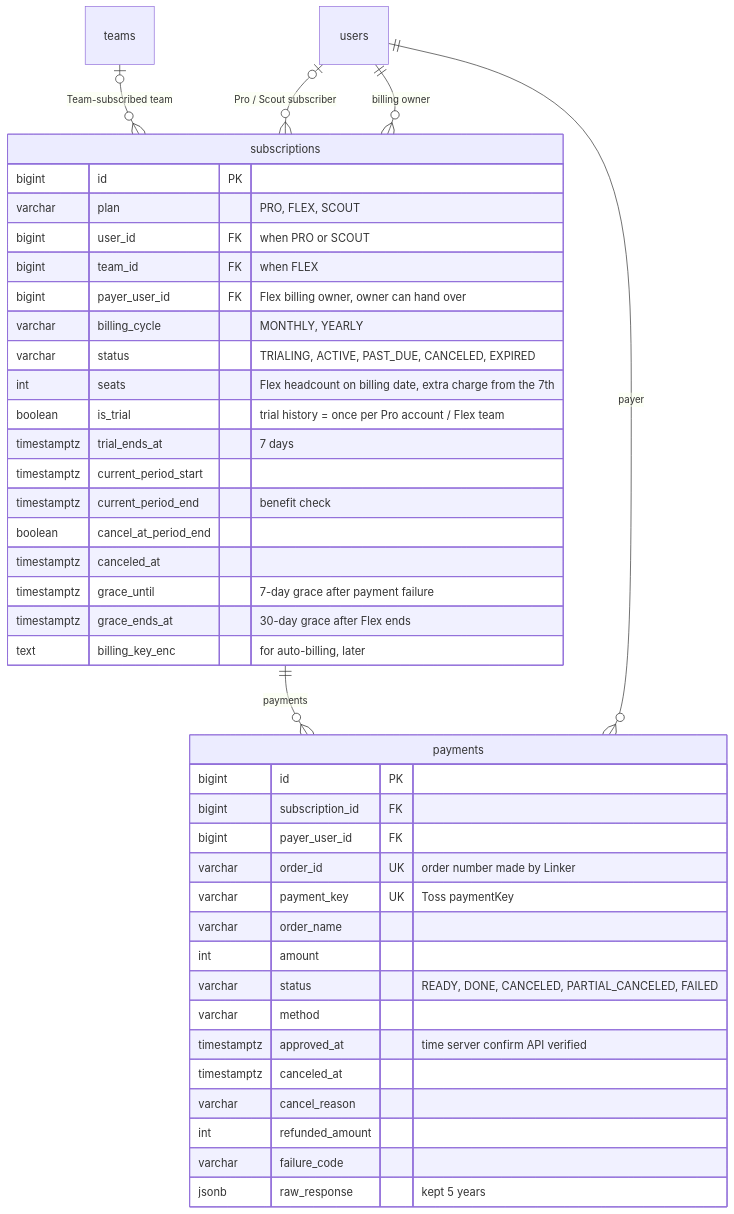
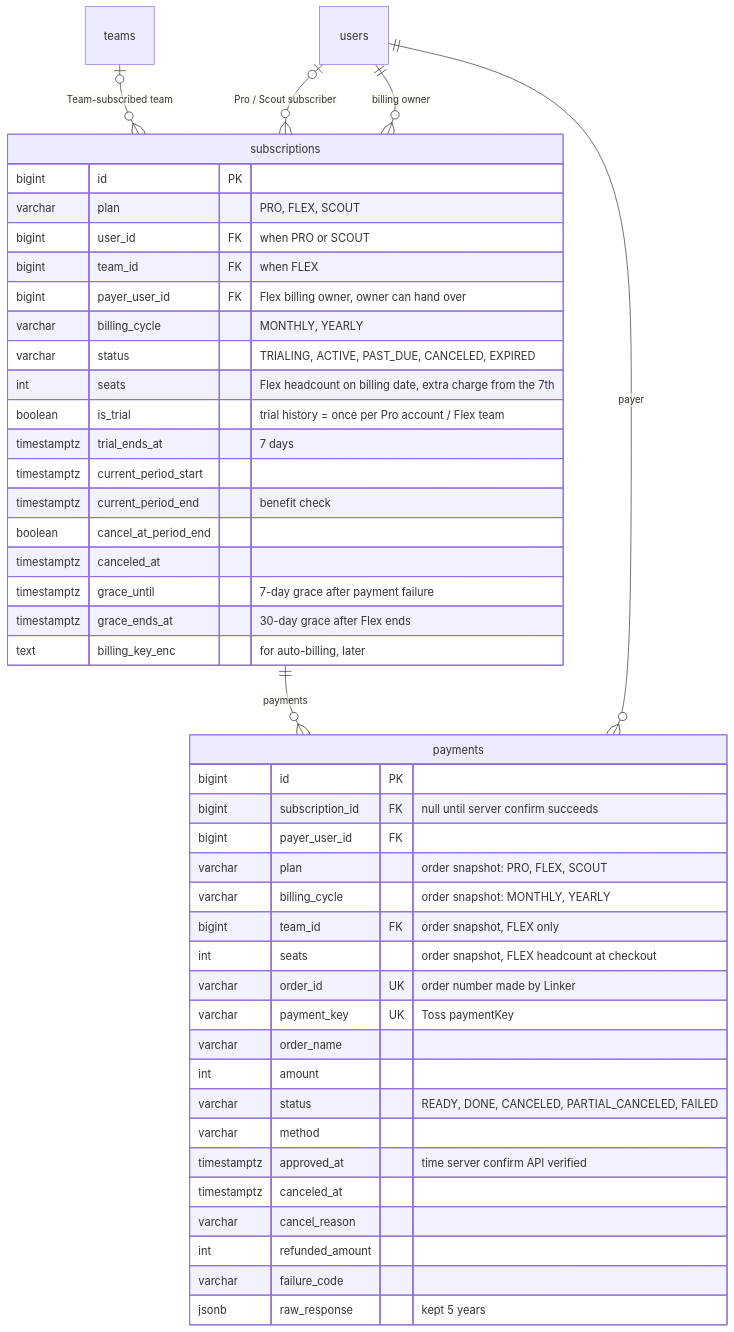
The tenth of 11 diagrams in docs/development/01-erd.md (likelion-backendschool-9th/Linker), drawn with Mermaid before and after one commit. The commit also changed other lines of this file and 37 other files, not shown here.

````diff
--- a/docs/development/01-erd.md
+++ b/docs/development/01-erd.md
@@ -880,45 +880,49 @@
 ```mermaid
 erDiagram
   users |o--o{ subscriptions : "Pro / Scout subscriber"
   teams |o--o{ subscriptions : "Team-subscribed team"
   users ||--o{ subscriptions : "billing owner"
   subscriptions ||--o{ payments : "payments"
   users ||--o{ payments : "payer"
 
   subscriptions {
     bigint id PK
     varchar plan "PRO, FLEX, SCOUT"
     bigint user_id FK "when PRO or SCOUT"
     bigint team_id FK "when FLEX"
     bigint payer_user_id FK "Flex billing owner, owner can hand over"
     varchar billing_cycle "MONTHLY, YEARLY"
     varchar status "TRIALING, ACTIVE, PAST_DUE, CANCELED, EXPIRED"
     int seats "Flex headcount on billing date, extra charge from the 7th"
     boolean is_trial "trial history = once per Pro account / Flex team"
     timestamptz trial_ends_at "7 days"
     timestamptz current_period_start
     timestamptz current_period_end "benefit check"
     boolean cancel_at_period_end
     timestamptz canceled_at
     timestamptz grace_until "7-day grace after payment failure"
     timestamptz grace_ends_at "30-day grace after Flex ends"
     text billing_key_enc "for auto-billing, later"
   }
   payments {
     bigint id PK
-    bigint subscription_id FK
+    bigint subscription_id FK "null until server confirm succeeds"
     bigint payer_user_id FK
+    varchar plan "order snapshot: PRO, FLEX, SCOUT"
+    varchar billing_cycle "order snapshot: MONTHLY, YEARLY"
+    bigint team_id FK "order snapshot, FLEX only"
+    int seats "order snapshot, FLEX headcount at checkout"
     varchar order_id UK "order number made by Linker"
     varchar payment_key UK "Toss paymentKey"
     varchar order_name
     int amount
     varchar status "READY, DONE, CANCELED, PARTIAL_CANCELED, FAILED"
     varchar method
     timestamptz approved_at "time server confirm API verified"
     timestamptz canceled_at
     varchar cancel_reason
     int refunded_amount
     varchar failure_code
     jsonb raw_response "kept 5 years"
   }
 ```
````
